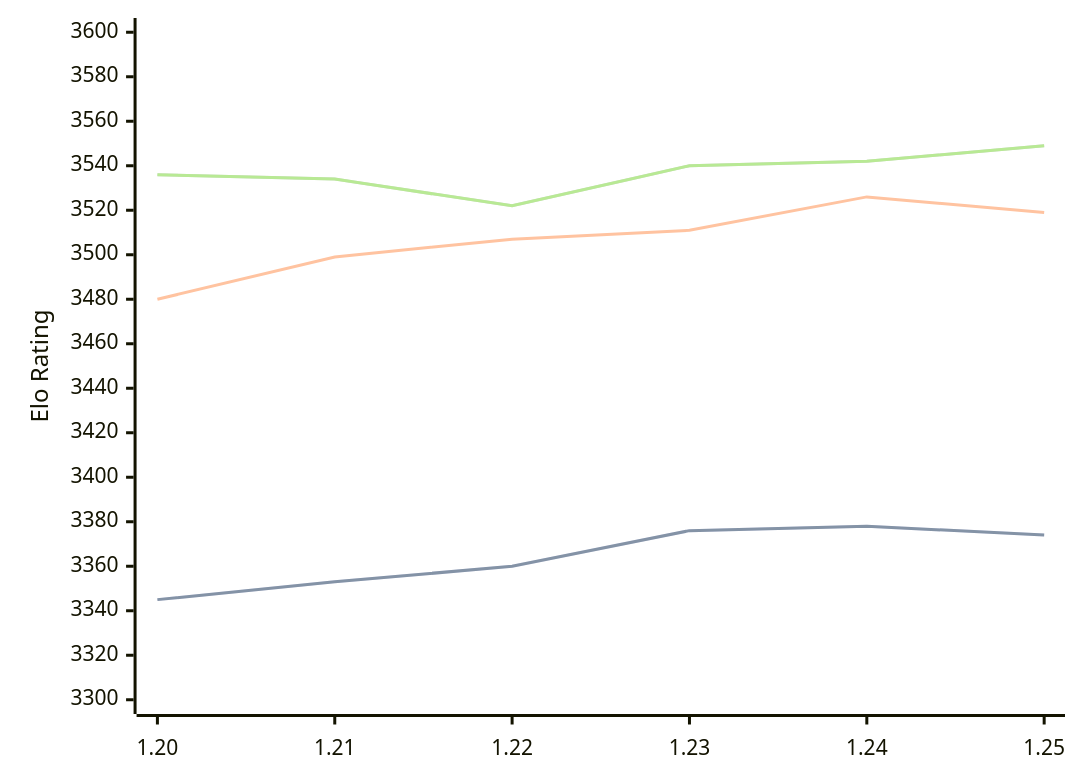
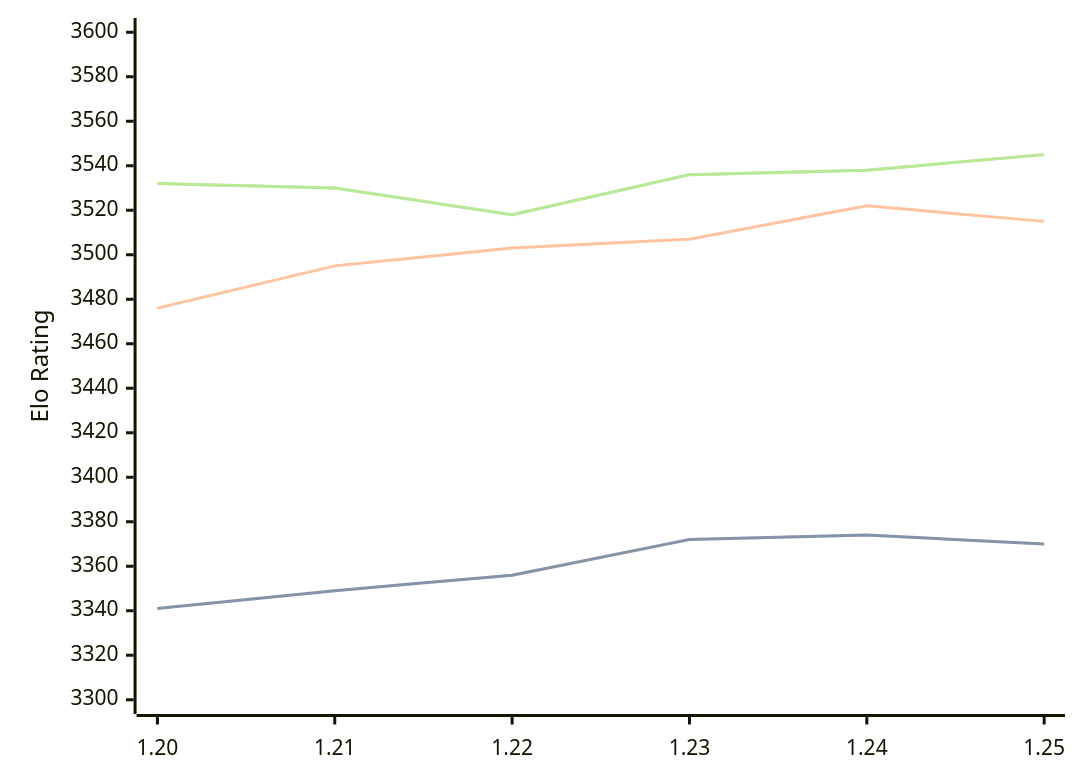
One commit to computer-chess-index/cci changed the first of 3 diagrams in engines/Caissa.md. Above: the diagram before and after it, drawn with Mermaid. The commit also changed other lines of this file, not shown here.

Commit message:
Update CCI Ratings (ELO VLTC) - 2026-07-16

````diff
--- a/engines/Caissa.md
+++ b/engines/Caissa.md
@@ -65,11 +65,11 @@
 ```mermaid
 %%{init: {"theme":"base","themeVariables":{"seriesColors:['#a3a3a3','#222221','#faa371']}}}%%
 xychart-beta
   x-axis ["1.20", "1.21", "1.22", "1.23", "1.24", "1.25"]
   y-axis "Elo Rating" 3300 --> 3600
-  line "STC (8.0+0.08s)" [3345, 3353, 3360, 3376, 3378, 3374]
-  line "STC (8.0+0.08s)" [3345, 3353, 3360, 3376, 3378, 3374]
-  line "LTC (60.0+0.60s)" [3480, 3499, 3507, 3511, 3526, 3519]
-  line "VLTC (2m24s+1.12s)" [3536, 3534, 3522, 3540, 3542, 3549]
-  line "VLTC (2m24s+1.12s)" [3536, 3534, 3522, 3540, 3542, 3549]
+  line "STC (8.0+0.08s)" [3341, 3349, 3356, 3372, 3374, 3370]
+  line "STC (8.0+0.08s)" [3341, 3349, 3356, 3372, 3374, 3370]
+  line "LTC (60.0+0.60s)" [3476, 3495, 3503, 3507, 3522, 3515]
+  line "VLTC (2m24s+1.12s)" [3532, 3530, 3518, 3536, 3538, 3545]
+  line "VLTC (2m24s+1.12s)" [3532, 3530, 3518, 3536, 3538, 3545]
 ```
````
